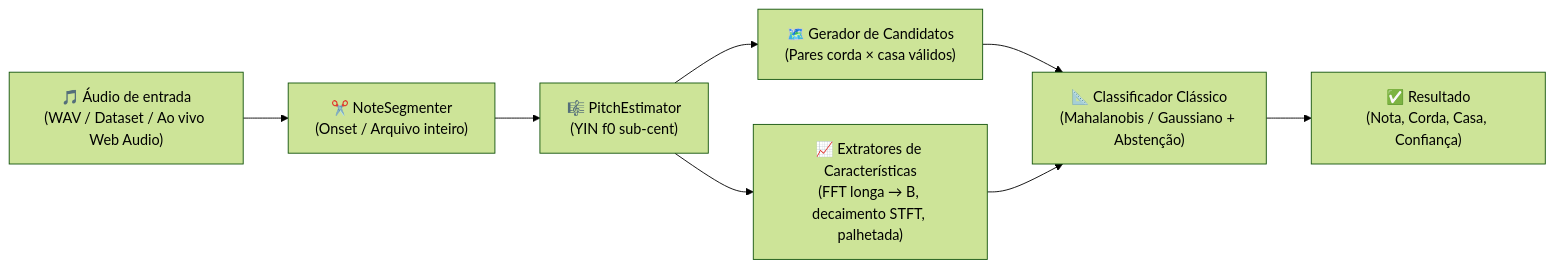
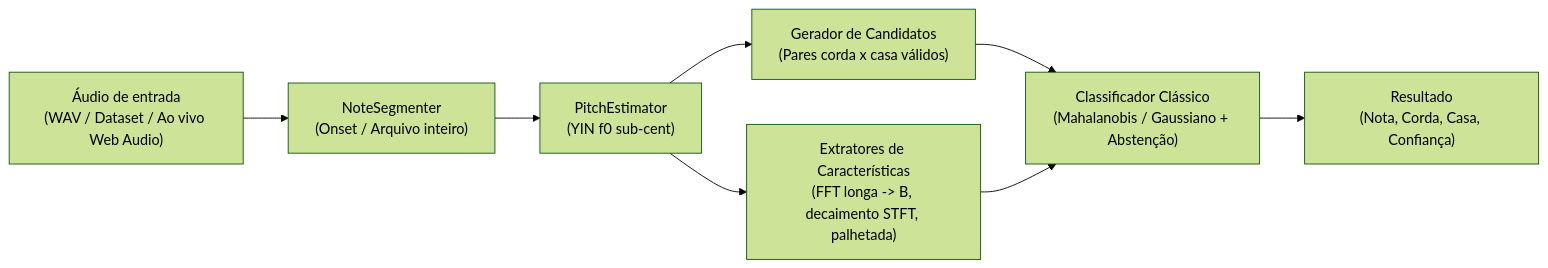
Before and after one commit to lucasrech/NotesId: the first of 3 diagrams in README.pt-BR.md, drawn with Mermaid (forest theme). The commit also changed other lines of this file and 2 other files, not shown here.

````diff
--- a/README.pt-BR.md
+++ b/README.pt-BR.md
@@ -58,10 +69,10 @@
 ```mermaid
 flowchart LR
-    A["🎵 Áudio de entrada<br/>(WAV / Dataset / Ao vivo Web Audio)"] --> B["✂️ NoteSegmenter<br/>(Onset / Arquivo inteiro)"]
-    B --> C["🎼 PitchEstimator<br/>(YIN f0 sub-cent)"]
-    C --> D["🗺️ Gerador de Candidatos<br/>(Pares corda × casa válidos)"]
-    C --> E["📈 Extratores de Características<br/>(FFT longa → B, decaimento STFT, palhetada)"]
-    D --> F["📐 Classificador Clássico<br/>(Mahalanobis / Gaussiano + Abstenção)"]
+    A["Áudio de entrada<br/>(WAV / Dataset / Ao vivo Web Audio)"] --> B["NoteSegmenter<br/>(Onset / Arquivo inteiro)"]
+    B --> C["PitchEstimator<br/>(YIN f0 sub-cent)"]
+    C --> D["Gerador de Candidatos<br/>(Pares corda x casa válidos)"]
+    C --> E["Extratores de Características<br/>(FFT longa -> B, decaimento STFT, palhetada)"]
+    D --> F["Classificador Clássico<br/>(Mahalanobis / Gaussiano + Abstenção)"]
     E --> F
-    F --> G["✅ Resultado<br/>(Nota, Corda, Casa, Confiança)"]
+    F --> G["Resultado<br/>(Nota, Corda, Casa, Confiança)"]
 ```
````
